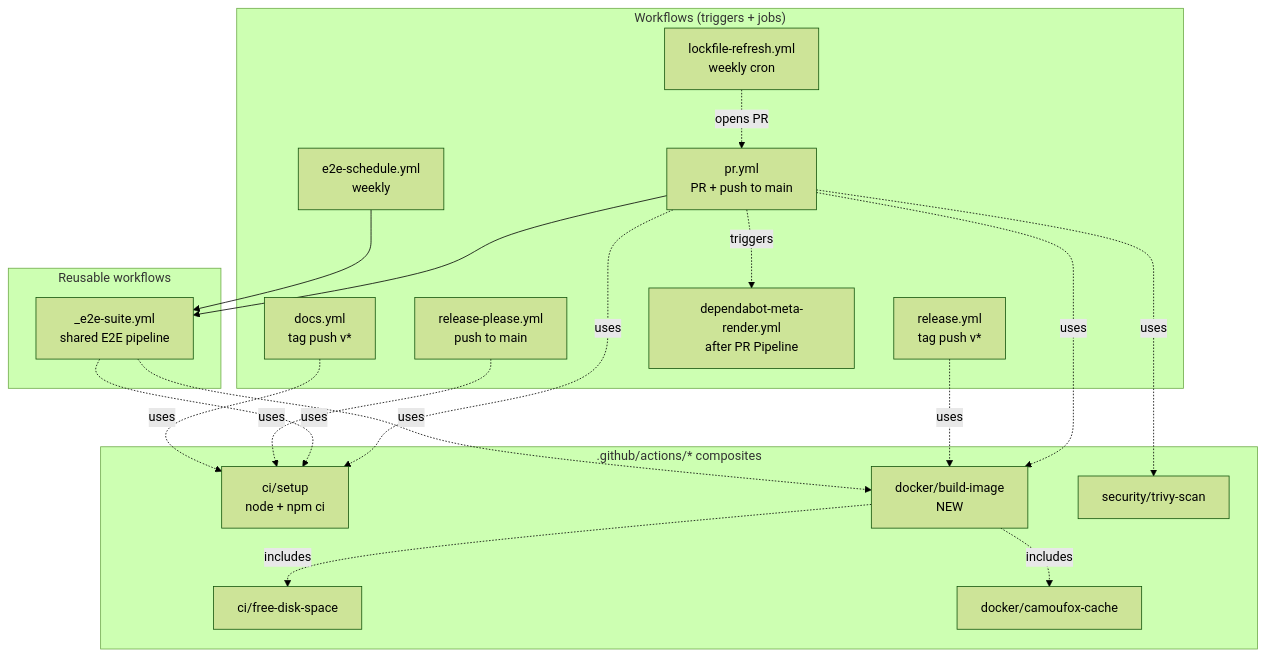
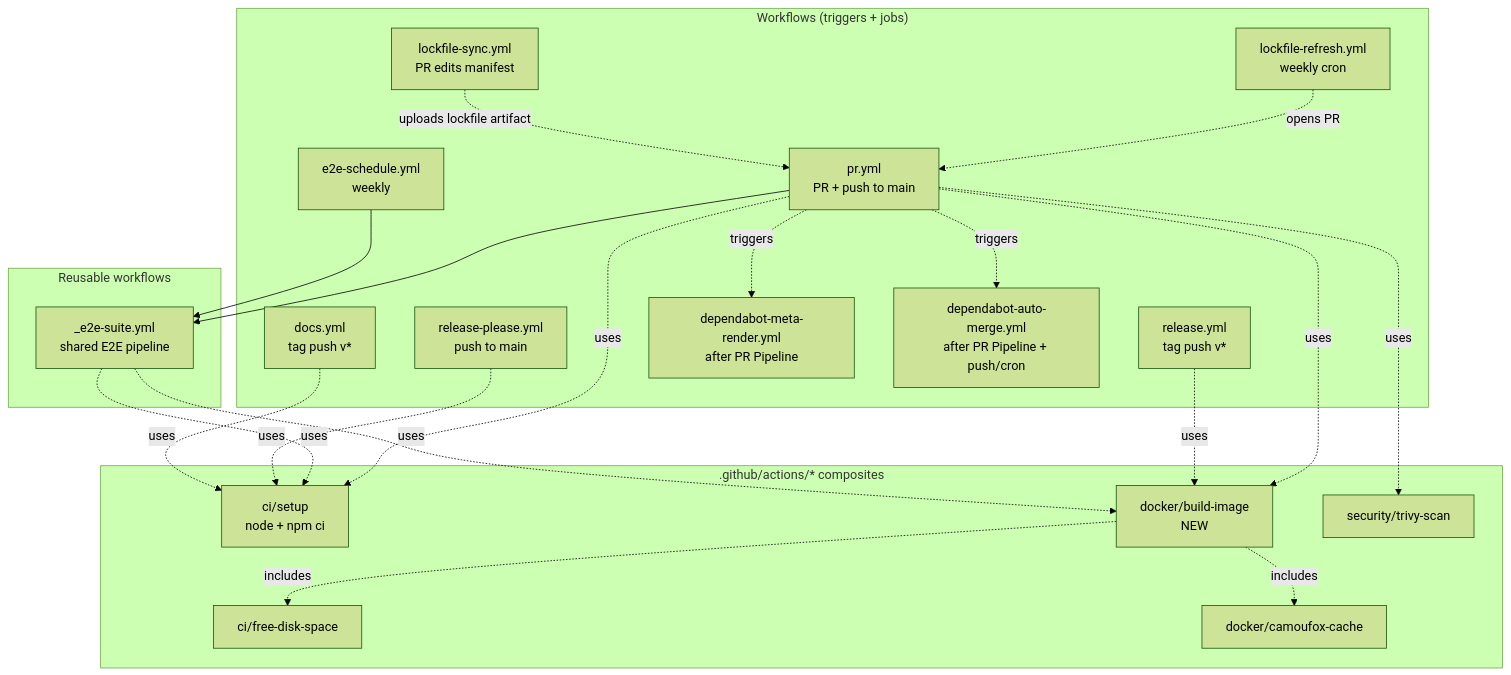
The first of 2 diagrams in docs/architecture/ci-pipeline.md (sergienko4/israeli-bank-scrapers-to-actual-budget), drawn with Mermaid (forest theme) before and after one commit. The commit also changed other lines of this file and 6 other files, not shown here.

````diff
--- a/docs/architecture/ci-pipeline.md
+++ b/docs/architecture/ci-pipeline.md
@@ -20,39 +20,43 @@
 ```mermaid
 graph TD
   subgraph Workflows["Workflows (triggers + jobs)"]
     PR[pr.yml<br/>PR + push to main]
     REL[release.yml<br/>tag push v*]
     SCH[release-please.yml<br/>push to main]
     DOCS[docs.yml<br/>tag push v*]
     E2ES[e2e-schedule.yml<br/>weekly]
     LFR[lockfile-refresh.yml<br/>weekly cron]
     DMR[dependabot-meta-render.yml<br/>after PR Pipeline]
+    DAM[dependabot-auto-merge.yml<br/>after PR Pipeline + push/cron]
+    LFS[lockfile-sync.yml<br/>PR edits manifest]
   end
 
   subgraph Reusable["Reusable workflows"]
     E2E[_e2e-suite.yml<br/>shared E2E pipeline]
   end
 
   subgraph Composites[".github/actions/* composites"]
     SETUP[ci/setup<br/>node + npm ci]
     FREE[ci/free-disk-space]
     CAM[docker/camoufox-cache]
     BUILD[docker/build-image<br/>NEW]
     TRIVY[security/trivy-scan]
   end
 
   PR --> E2E
   PR -.triggers.-> DMR
+  PR -.triggers.-> DAM
   E2ES --> E2E
   LFR -.opens PR.-> PR
+  LFS -.uploads lockfile artifact.-> PR
   PR -.uses.-> SETUP
   PR -.uses.-> BUILD
   PR -.uses.-> TRIVY
   REL -.uses.-> BUILD
   E2E -.uses.-> SETUP
   E2E -.uses.-> BUILD
   SCH -.uses.-> SETUP
   DOCS -.uses.-> SETUP
   BUILD -.includes.-> FREE
   BUILD -.includes.-> CAM
 ```
````
